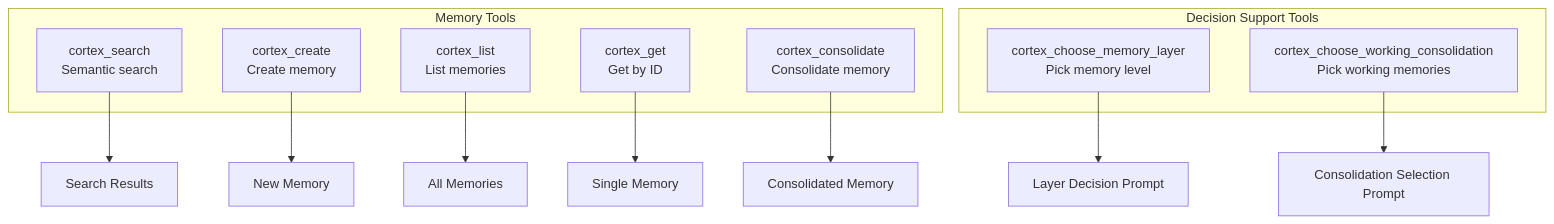
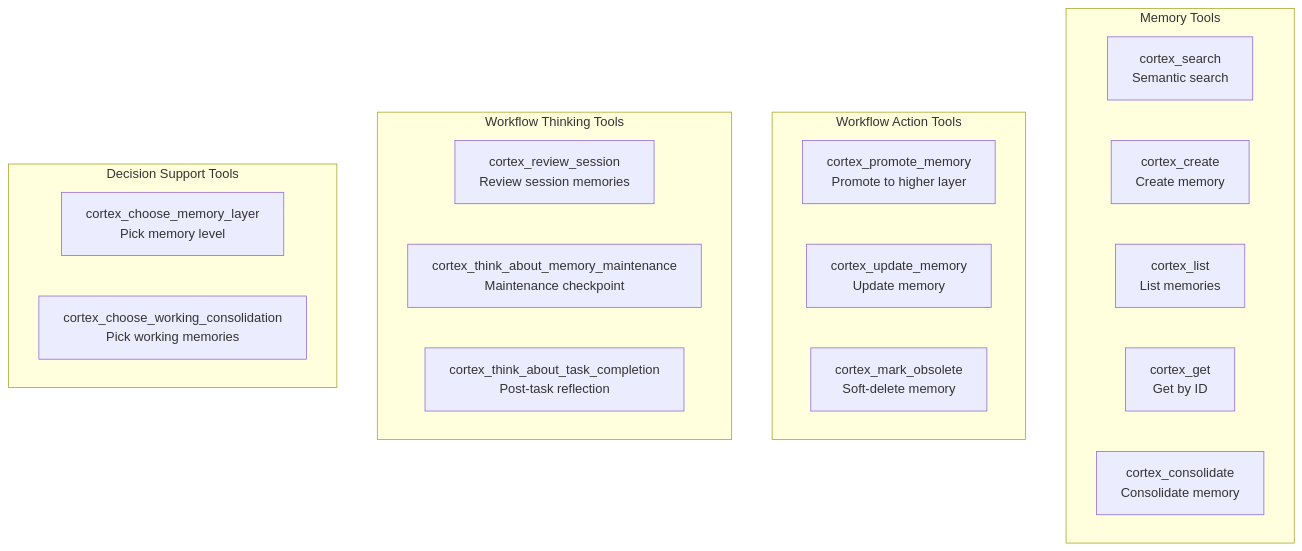
The second of 6 diagrams in docs/MCP.md (fmatsos/cortex), drawn with Mermaid before and after one commit. The commit also changed other lines of this file and 11 other files, not shown here.

First line of the commit message:
Add workflow and thinking tools for memory self-maintenance (#21)

````diff
--- a/docs/MCP.md
+++ b/docs/MCP.md
@@ -171,23 +173,27 @@
 ```mermaid
 graph TB
     subgraph "Memory Tools"
         Search["cortex_search<br/>Semantic search"]
         Create["cortex_create<br/>Create memory"]
         List["cortex_list<br/>List memories"]
         Get["cortex_get<br/>Get by ID"]
         Consolidate["cortex_consolidate<br/>Consolidate memory"]
     end
 
+    subgraph "Workflow Action Tools"
+        Promote["cortex_promote_memory<br/>Promote to higher layer"]
+        Update["cortex_update_memory<br/>Update memory"]
+        MarkObs["cortex_mark_obsolete<br/>Soft-delete memory"]
+    end
+
+    subgraph "Workflow Thinking Tools"
+        ReviewSession["cortex_review_session<br/>Review session memories"]
+        ThinkMaint["cortex_think_about_memory_maintenance<br/>Maintenance checkpoint"]
+        ThinkTask["cortex_think_about_task_completion<br/>Post-task reflection"]
+    end
+
     subgraph "Decision Support Tools"
         ChooseLayer["cortex_choose_memory_layer<br/>Pick memory level"]
         ChooseWorking["cortex_choose_working_consolidation<br/>Pick working memories"]
     end
-
-    Search --> Results["Search Results"]
-    Create --> Memory["New Memory"]
-    List --> AllMemories["All Memories"]
-    Get --> SingleMemory["Single Memory"]
-    Consolidate --> ConsolidatedMemory["Consolidated Memory"]
-    ChooseLayer --> Decisions["Layer Decision Prompt"]
-    ChooseWorking --> Selections["Consolidation Selection Prompt"]
 ```
````
